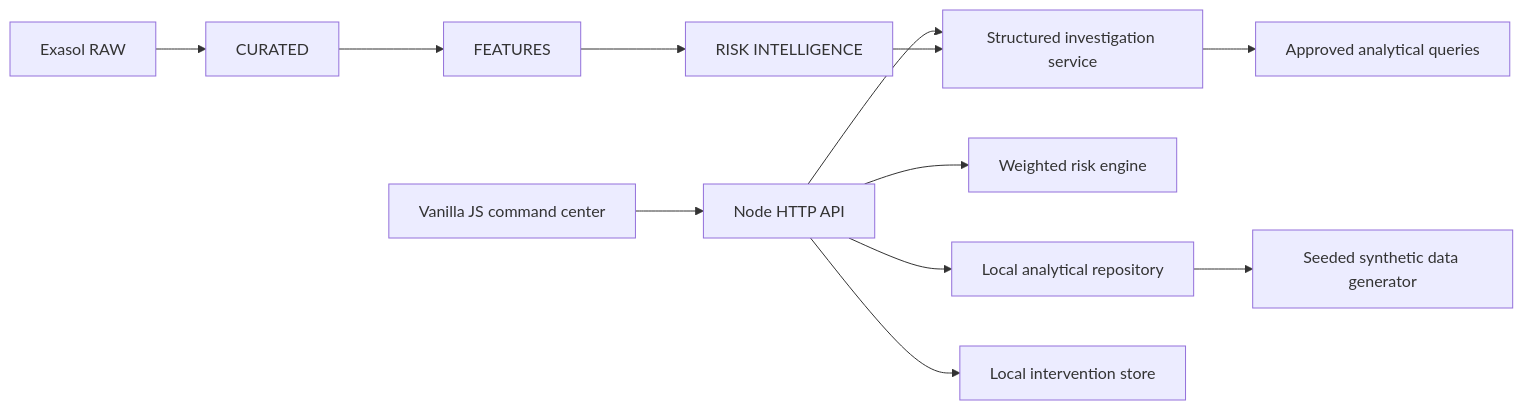
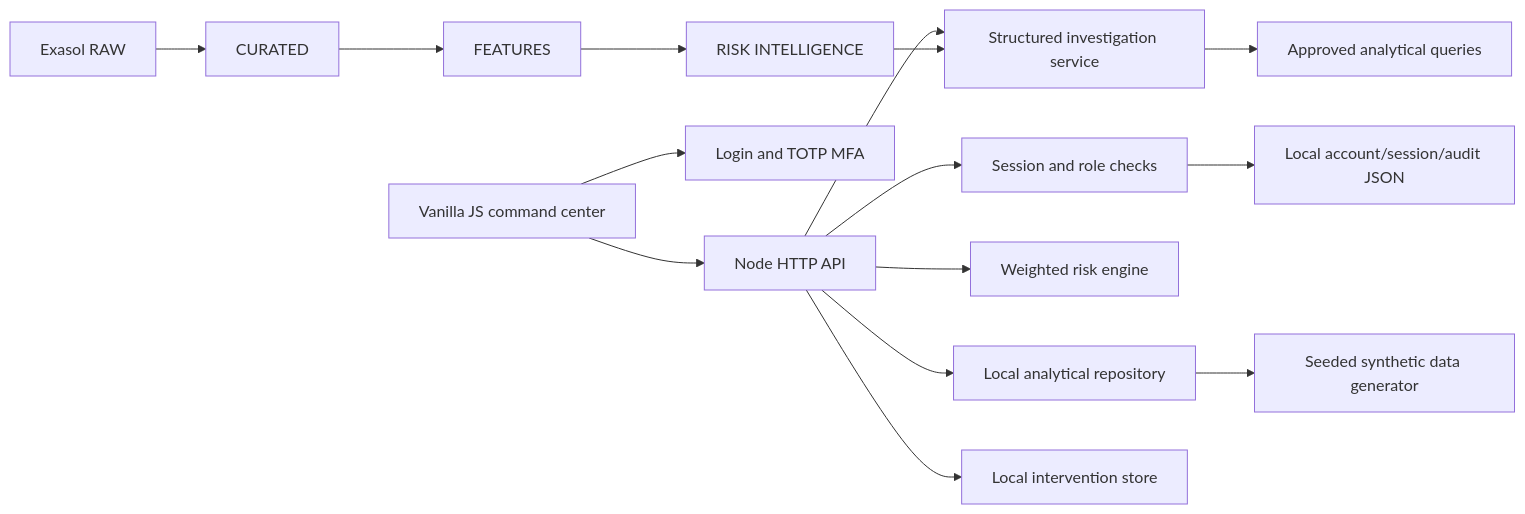
One commit to Dhuna-pixel/RuralLens changed the diagram in docs/ARCHITECTURE.md. Above: the diagram before and after it, drawn with Mermaid. The commit also changed other lines of this file and 17 other files, not shown here.

````diff
--- a/docs/ARCHITECTURE.md
+++ b/docs/ARCHITECTURE.md
@@ -5,14 +5,17 @@
 ```mermaid
 flowchart LR
   UI[Vanilla JS command center] --> API[Node HTTP API]
+  UI --> AUTH[Login and TOTP MFA]
+  API --> SEC[Session and role checks]
+  SEC --> UDB[Local account/session/audit JSON]
   API --> REPO[Local analytical repository]
   REPO --> GEN[Seeded synthetic data generator]
   API --> SCORE[Weighted risk engine]
   API --> AGENT[Structured investigation service]
   AGENT --> TOOLS[Approved analytical queries]
   API --> ACT[Local intervention store]
   RAW[Exasol RAW] --> CUR[CURATED]
   CUR --> FEAT[FEATURES]
   FEAT --> RISK[RISK INTELLIGENCE]
   RISK --> AGENT
 ```
````
